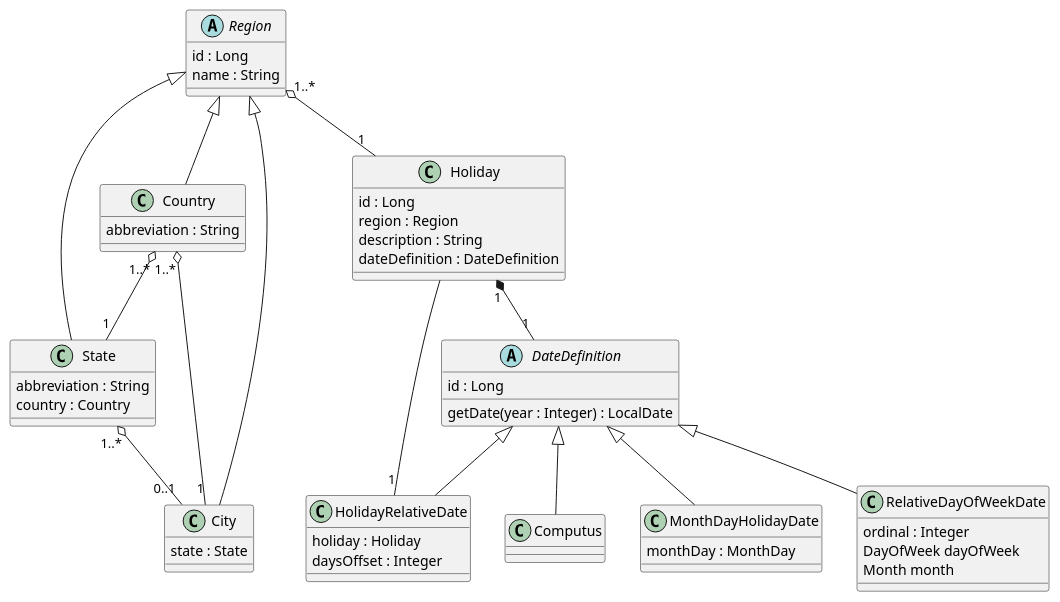
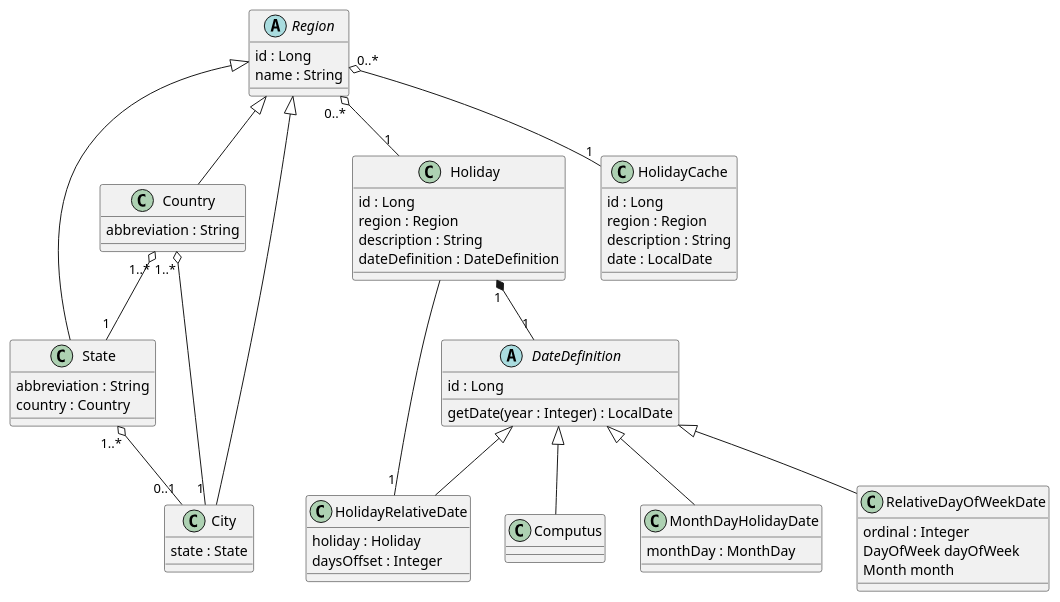
The diagram in AS01/1.Documentos/diagrama.plantuml (jhonypalmer/IApl-2019-1-CF), drawn with PlantUML before and after one commit. The commit also changed 10 other files, not shown here.

```diff
--- a/AS01/1.Documentos/diagrama.plantuml
+++ b/AS01/1.Documentos/diagrama.plantuml
@@ -1,71 +1,80 @@
 @startuml
 abstract class Region {
 	id : Long
 	name : String
 }
 
 class Country {
 	abbreviation : String
 }
 
 Region <|-- Country
 
 class State {
 	abbreviation : String
 	country : Country
 }
 
 Region <|-- State
 Country "1..*" o-- "1" State
 
 class City {
 	state : State
 }
 
 Region <|-- City
 State "1..*" o-- "0..1" City
 Country "1..*" o-- "1" City
 
 class Holiday {
 	id : Long
 	region : Region
 	description : String
 	dateDefinition : DateDefinition
 }
 
-Region "1..*" o-- "1" Holiday
+Region "0..*" o-- "1" Holiday
 Holiday "1" *-- "1" DateDefinition
 
 abstract class DateDefinition {
 	id : Long
 	getDate(year : Integer) : LocalDate
 }
 
 class Computus {
 }
 
 DateDefinition <|-- Computus
 
 class HolidayRelativeDate {
 	holiday : Holiday
 	daysOffset : Integer
 }
 
 DateDefinition <|-- HolidayRelativeDate
 HolidayRelativeDate "1" -- Holiday
 
 class MonthDayHolidayDate {
 	monthDay : MonthDay
 }
 
 DateDefinition <|-- MonthDayHolidayDate
 
 class RelativeDayOfWeekDate {
 	ordinal : Integer
 	DayOfWeek dayOfWeek
 	Month month
 }
 
 DateDefinition <|-- RelativeDayOfWeekDate
 
+class HolidayCache {
+	id : Long
+	region : Region
+	description : String
+	date : LocalDate
+}
+
+Region "0..*" o-- "1" HolidayCache
+
 @enduml
```
